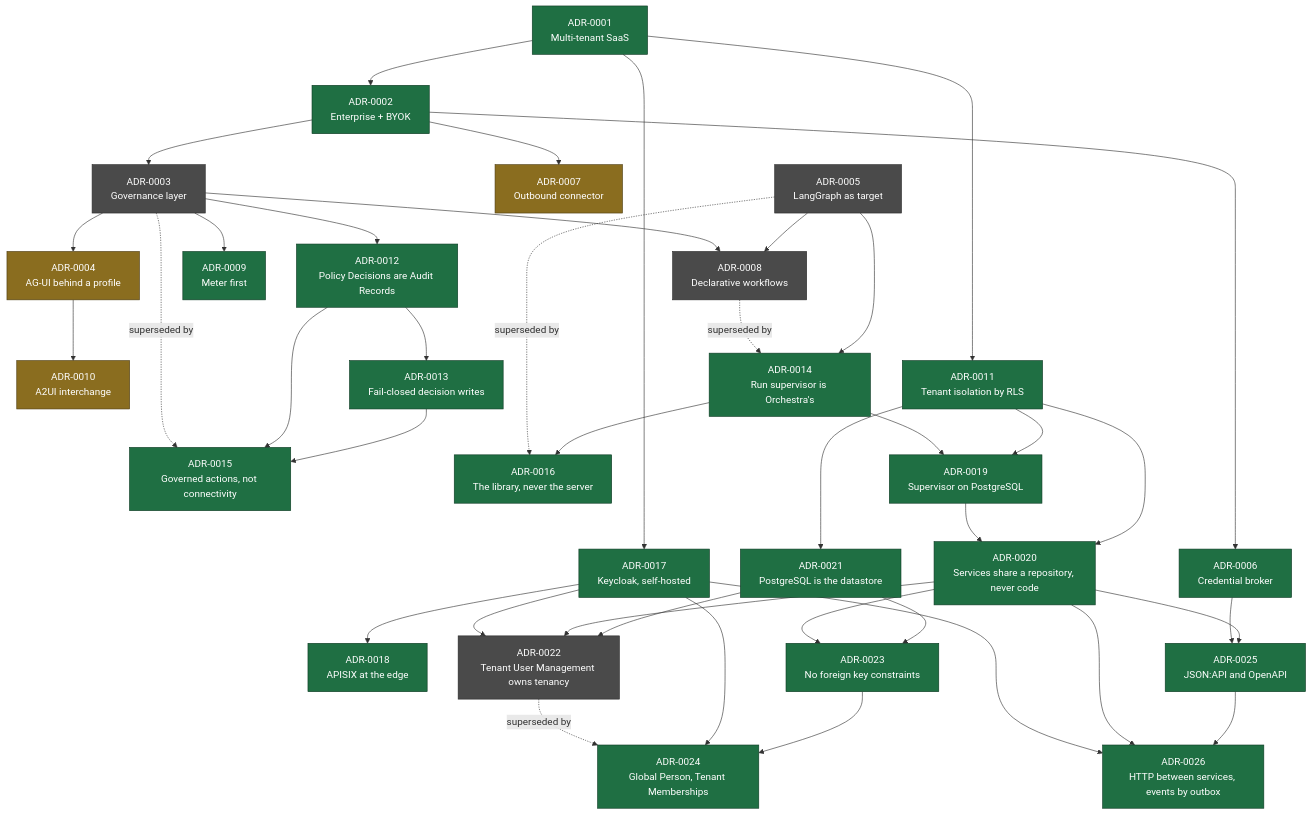
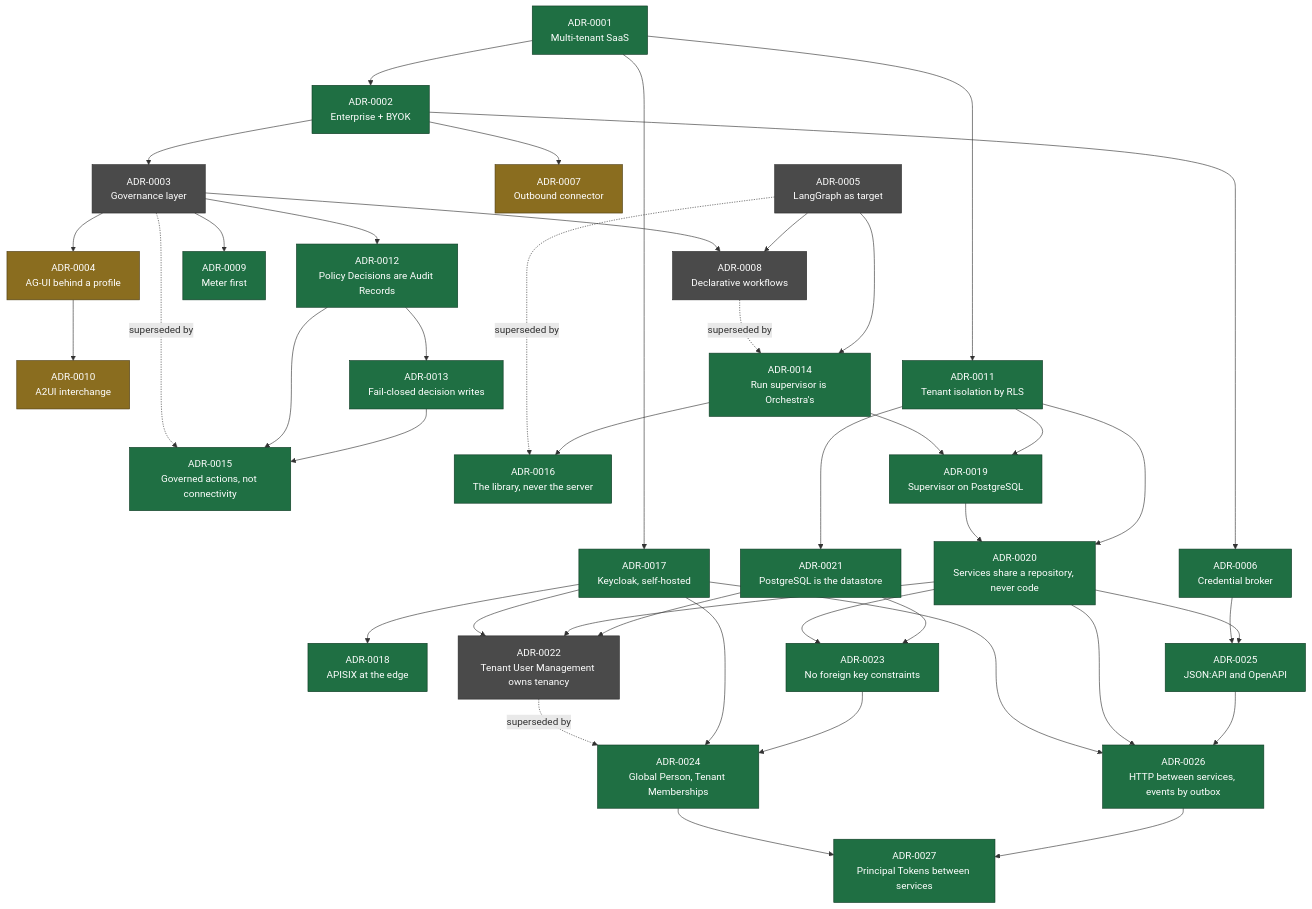
One commit to ayesigapaul/orchestra changed the diagram in docs/adr/section-index.md. Above: the diagram before and after it, drawn with Mermaid. The commit also changed other lines of this file and 12 other files, not shown here.

First line of the commit message:
adr(adr): Have Tenant User Management sign the token that carries a Principal between services (#62)

````diff
--- a/docs/adr/section-index.md
+++ b/docs/adr/section-index.md
@@ -59,49 +60,51 @@
 ```mermaid
 flowchart TD
   A1["ADR-0001<br/>Multi-tenant SaaS"] --> A2["ADR-0002<br/>Enterprise + BYOK"]
   A2 --> A3["ADR-0003<br/>Governance layer"]
   A2 --> A6["ADR-0006<br/>Credential broker"]
   A2 --> A7["ADR-0007<br/>Outbound connector"]
   A3 --> A4["ADR-0004<br/>AG-UI behind a profile"]
   A3 --> A8["ADR-0008<br/>Declarative workflows"]
   A3 --> A9["ADR-0009<br/>Meter first"]
   A5["ADR-0005<br/>LangGraph as target"] --> A8
   A4 --> A10["ADR-0010<br/>A2UI interchange"]
   A1 --> A11["ADR-0011<br/>Tenant isolation by RLS"]
   A3 --> A12["ADR-0012<br/>Policy Decisions are Audit Records"]
   A12 --> A13["ADR-0013<br/>Fail-closed decision writes"]
   A8 -.->|superseded by| A14["ADR-0014<br/>Run supervisor is Orchestra's"]
   A5 --> A14
   A3 -.->|superseded by| A15["ADR-0015<br/>Governed actions, not connectivity"]
   A12 --> A15
   A13 --> A15
   A5 -.->|superseded by| A16["ADR-0016<br/>The library, never the server"]
   A14 --> A16
   A1 --> A17["ADR-0017<br/>Keycloak, self-hosted"]
   A17 --> A18["ADR-0018<br/>APISIX at the edge"]
   A14 --> A19["ADR-0019<br/>Supervisor on PostgreSQL"]
   A11 --> A19
   A19 --> A20["ADR-0020<br/>Services share a repository, never code"]
   A11 --> A20
   A11 --> A21["ADR-0021<br/>PostgreSQL is the datastore"]
   A17 --> A22["ADR-0022<br/>Tenant User Management owns tenancy"]
   A20 --> A22
   A21 --> A22
   A20 --> A23["ADR-0023<br/>No foreign key constraints"]
   A21 --> A23
   A22 -.->|superseded by| A24["ADR-0024<br/>Global Person, Tenant Memberships"]
   A17 --> A24
   A23 --> A24
   A6 --> A25["ADR-0025<br/>JSON:API and OpenAPI"]
   A20 --> A25
   A17 --> A26["ADR-0026<br/>HTTP between services, events by outbox"]
   A20 --> A26
   A25 --> A26
+  A24 --> A27["ADR-0027<br/>Principal Tokens between services"]
+  A26 --> A27
 
   classDef accepted fill:#1f6f43,stroke:#0d3b24,color:#fff;
   classDef proposed fill:#8a6d1f,stroke:#4d3c10,color:#fff;
   classDef superseded fill:#4a4a4a,stroke:#2a2a2a,color:#fff;
-  class A1,A2,A6,A9,A11,A12,A13,A14,A15,A16,A17,A18,A19,A20,A21,A23,A24,A25,A26 accepted;
+  class A1,A2,A6,A9,A11,A12,A13,A14,A15,A16,A17,A18,A19,A20,A21,A23,A24,A25,A26,A27 accepted;
   class A4,A7,A10 proposed;
   class A3,A5,A8,A22 superseded;
 ```
````
